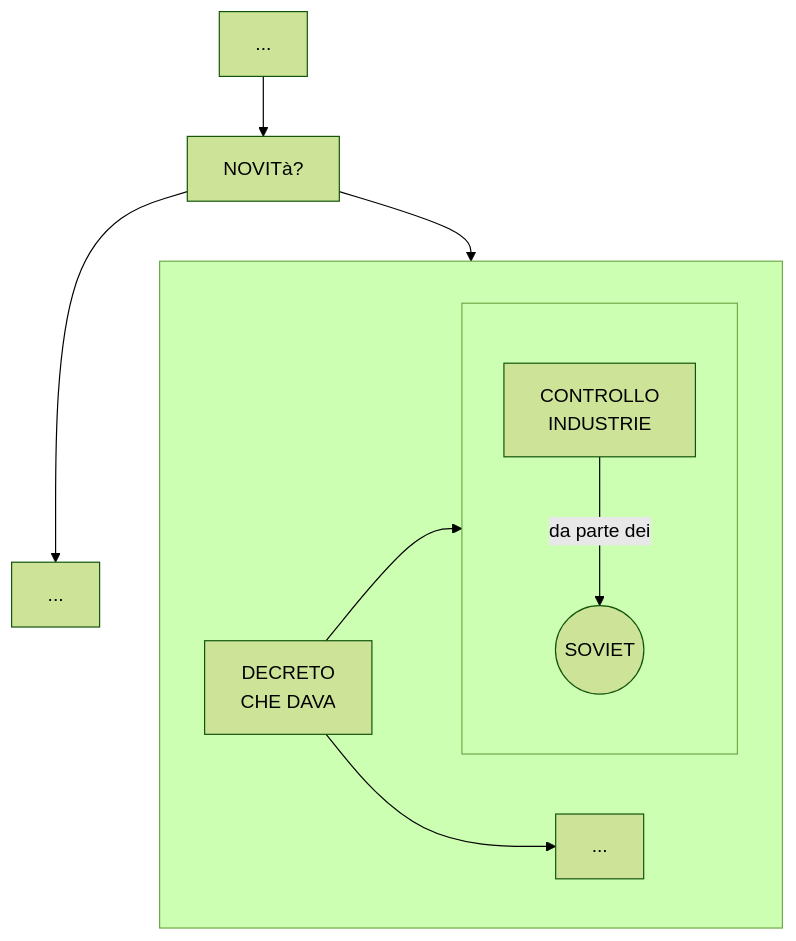
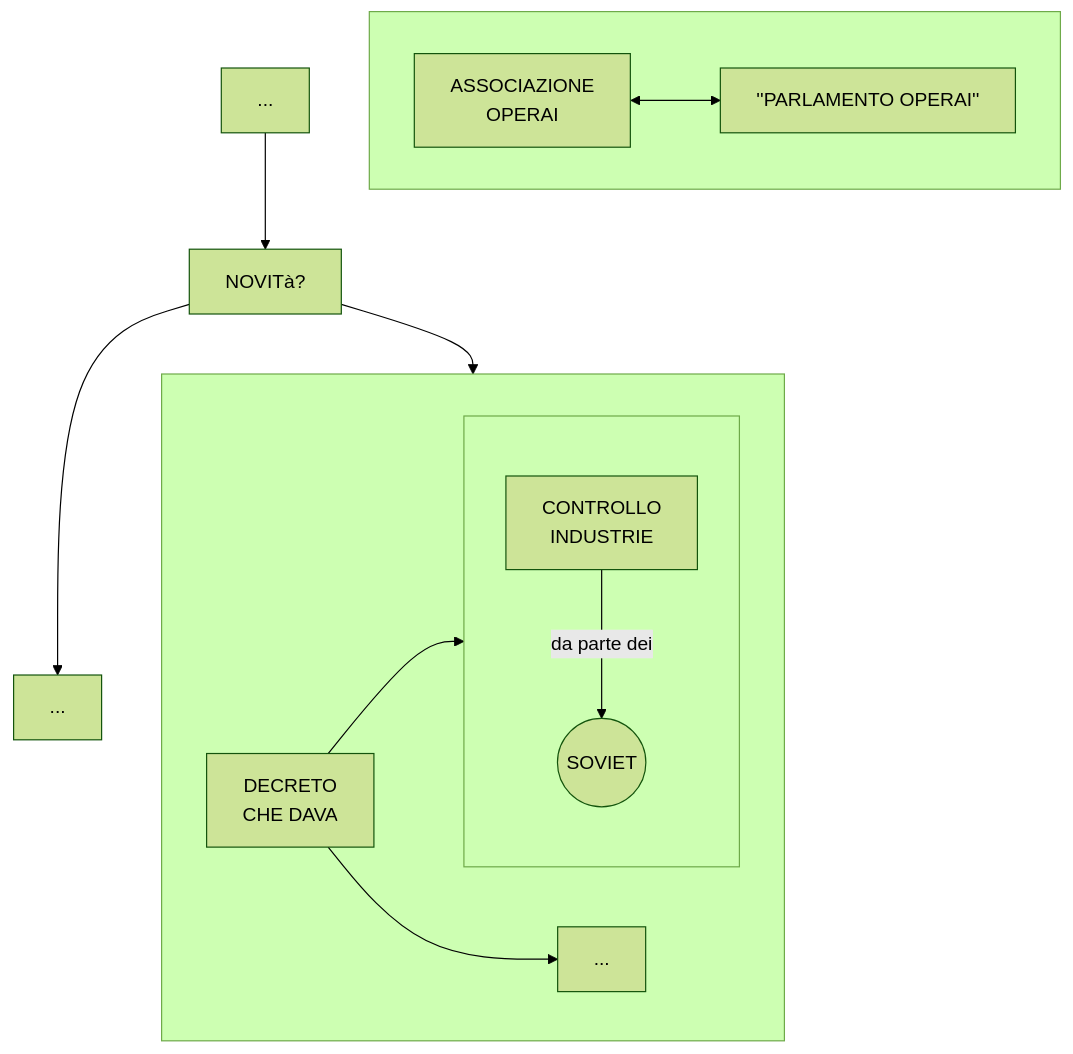
One commit to Laaouatni/ricerca-storia-MermaidJS changed the third of 3 diagrams in stalinismo.md. Above: the diagram before and after it, drawn with Mermaid (forest theme).

````diff
--- a/stalinismo.md
+++ b/stalinismo.md
@@ -77,17 +77,22 @@
 ```mermaid
 flowchart TB
     0[...] 
     01[NOVITà?]
     subgraph 013[" "]
         010[DECRETO <br> CHE DAVA]
         011[...]
         subgraph 012[" "]
             0120[CONTROLLO<br>INDUSTRIE]
             01200((SOVIET))
             0120 -->|da parte dei| 01200
         end
         010 --> 011 & 012
     end
     014[...]
+    subgraph 02[" "]
+        020[ASSOCIAZIONE <br> OPERAI]
+        021["''PARLAMENTO OPERAI''"]
+        020 <-->021
+    end
     0 --> 01 --> 013 & 014
 ```
````
